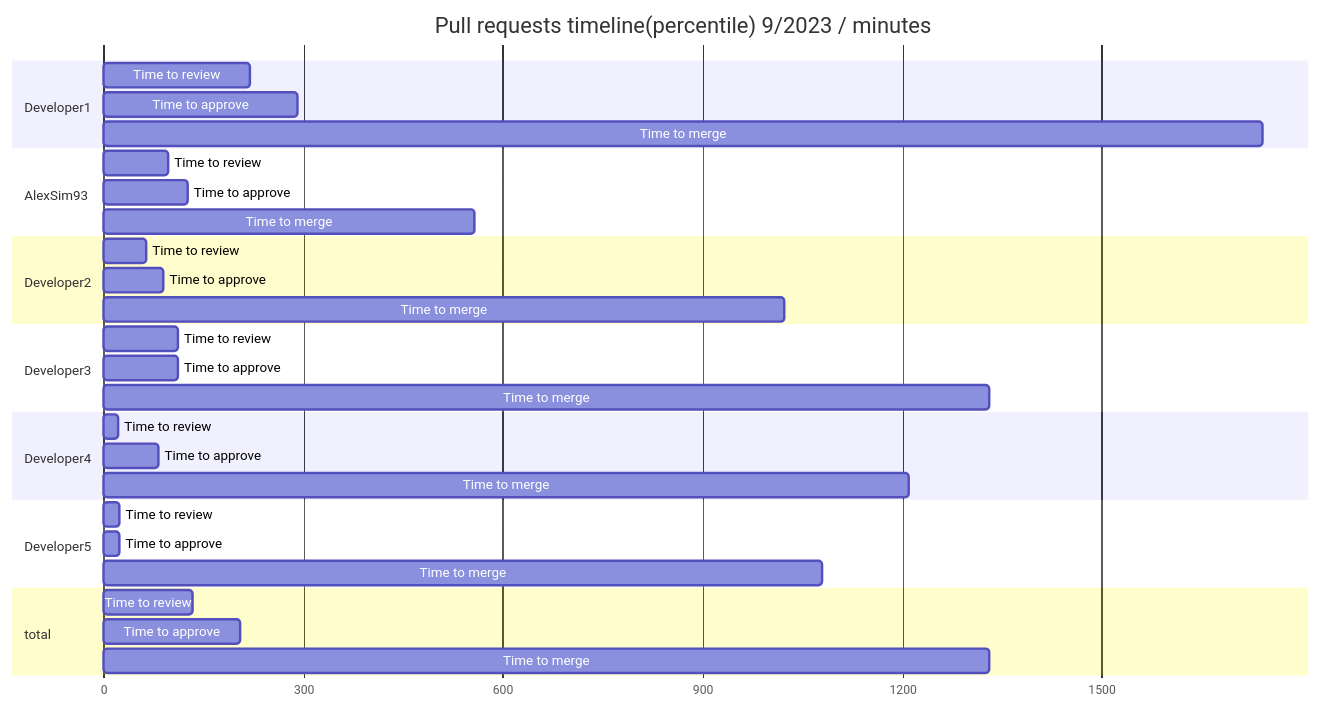
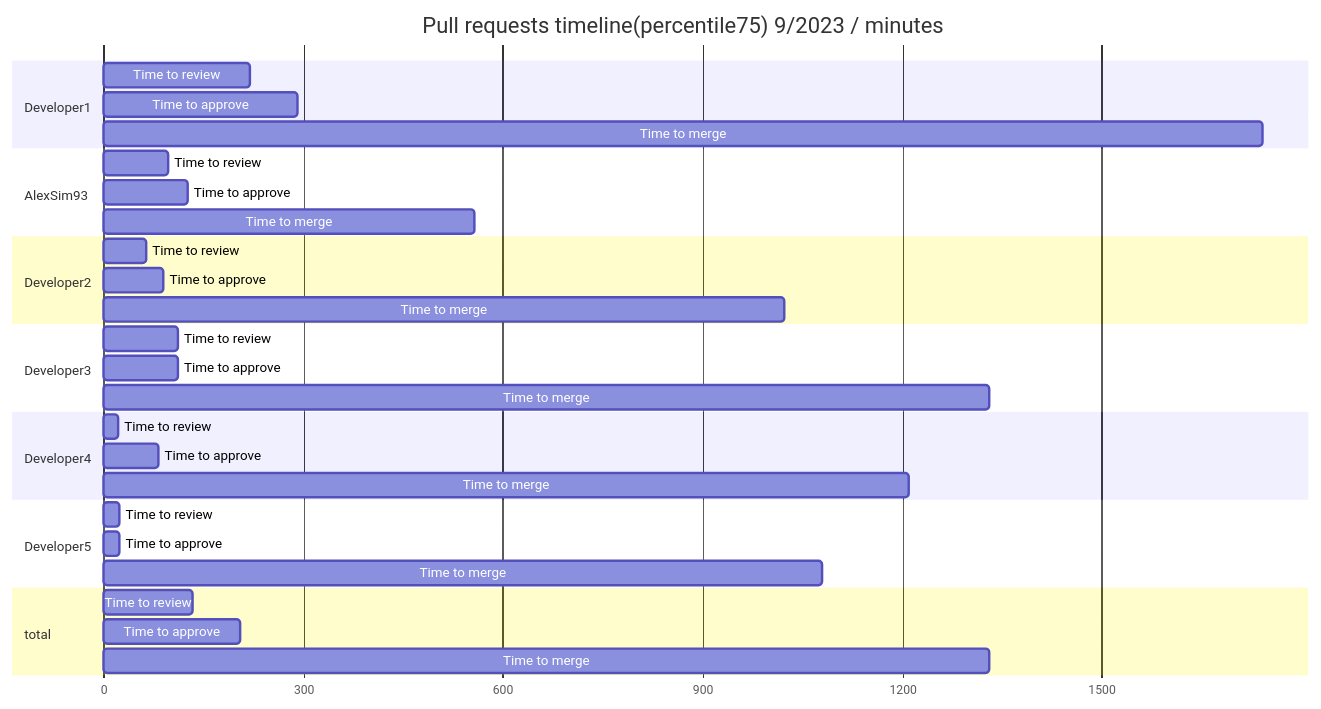
Before and after one commit to AlexSim93/pull-request-analytics-action: the ninth of 12 diagrams in examples/periodReport.md, drawn with Mermaid. The commit also changed other lines of this file and 10 other files, not shown here.

````diff
--- a/examples/periodReport.md
+++ b/examples/periodReport.md
@@ -482,41 +482,41 @@
 ```mermaid
 gantt
-title Pull requests timeline(percentile) 9/2023 / minutes
+title Pull requests timeline(percentile75) 9/2023 / minutes
 dateFormat X
 axisFormat %s
 section Developer1
                 Time to review :  0, 219
 Time to approve :  0, 291
 Time to merge :  0, 1741
 
 section AlexSim93
                 Time to review :  0, 98
 Time to approve :  0, 127
 Time to merge :  0, 557
 
 section Developer2
                 Time to review :  0, 65
 Time to approve :  0, 90
 Time to merge :  0, 1022
 
 section Developer3
                 Time to review :  0, 111
 Time to approve :  0, 111
 Time to merge :  0, 1331
 
 section Developer4
                 Time to review :  0, 22
 Time to approve :  0, 83
 Time to merge :  0, 1210
 
 section Developer5
                 Time to review :  0, 24
 Time to approve :  0, 24
 Time to merge :  0, 1079
 
 section total
                 Time to review :  0, 133
 Time to approve :  0, 206
 Time to merge :  0, 1331
 
 ```
````
